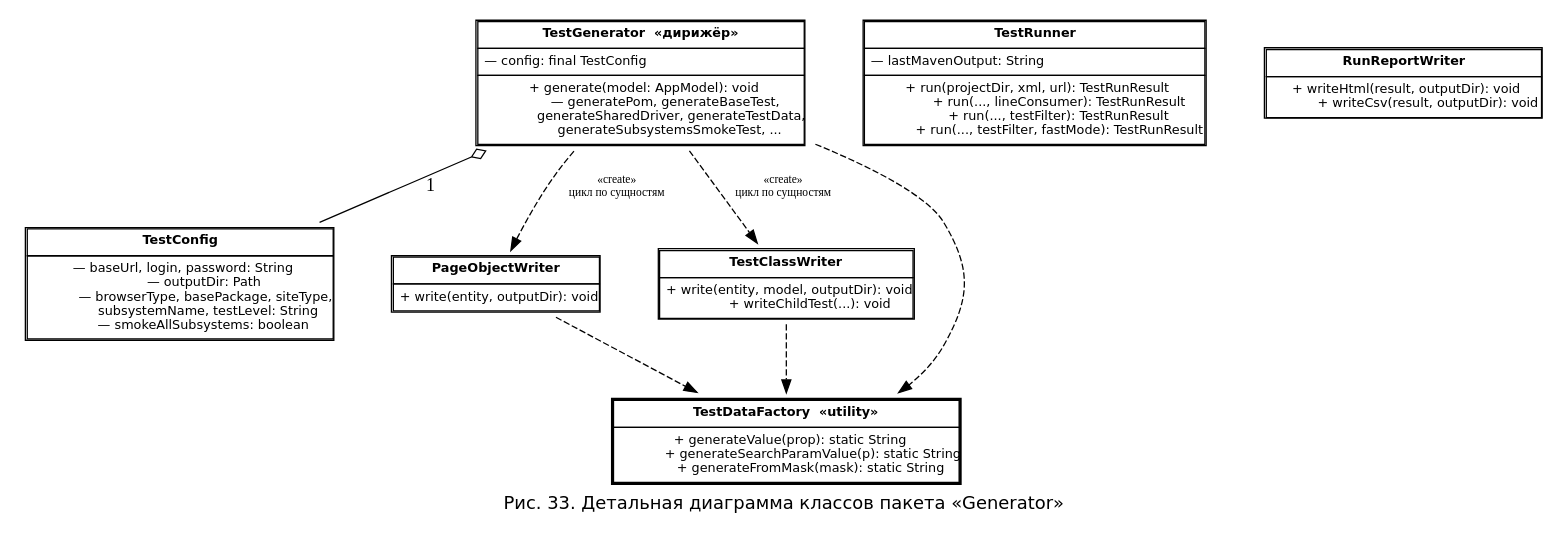
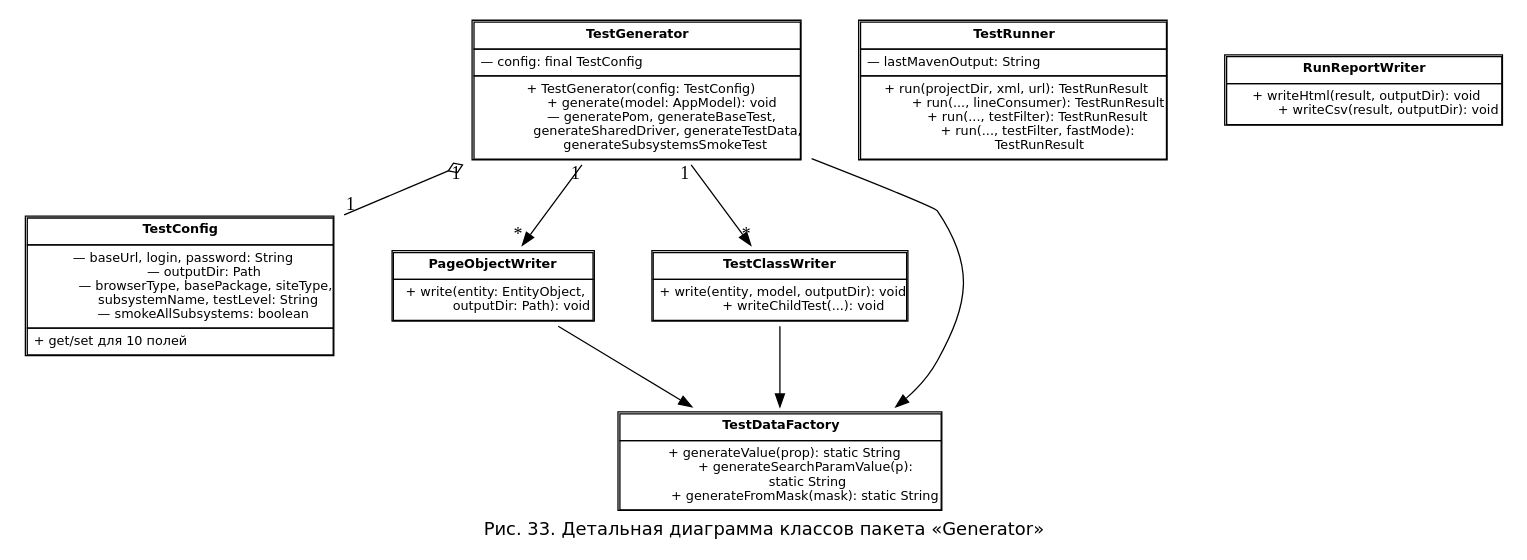
The diagram in diagrams/cls_generator_detail.dot (nastolbov/AutoTestGeneratorUpdate), drawn with Graphviz before and after one commit. The commit also changed 45 other files, not shown here.

```diff
--- a/diagrams/cls_generator_detail.dot
+++ b/diagrams/cls_generator_detail.dot
@@ -1,56 +1,60 @@
 digraph GD {
     rankdir=TB; fontname="DejaVu Sans"; fontsize=14;
     label="Рис. 33. Детальная диаграмма классов пакета «Generator»"; labelloc=b;
     nodesep=0.4;
     node [fontname="DejaVu Sans", fontsize=10, shape=plaintext];
 
-    TestConfig [label=<<TABLE BORDER="1" CELLBORDER="1" CELLSPACING="0" CELLPADDING="4" BGCOLOR="white">
+    TC [label=<<TABLE BORDER="1" CELLBORDER="1" CELLSPACING="0" CELLPADDING="4" BGCOLOR="white">
         <TR><TD><B>TestConfig</B></TD></TR>
         <TR><TD ALIGN="LEFT">— baseUrl, login, password: String<BR/>
             — outputDir: Path<BR/>
             — browserType, basePackage, siteType,<BR/>
               subsystemName, testLevel: String<BR/>
-            — smokeAllSubsystems: boolean</TD></TR></TABLE>>];
+            — smokeAllSubsystems: boolean</TD></TR>
+        <TR><TD ALIGN="LEFT">+ get/set для 10 полей</TD></TR></TABLE>>];
 
-    TestGenerator [label=<<TABLE BORDER="1" CELLBORDER="1" CELLSPACING="0" CELLPADDING="4" BGCOLOR="white">
-        <TR><TD><B>TestGenerator  «дирижёр»</B></TD></TR>
+    TG [label=<<TABLE BORDER="1" CELLBORDER="1" CELLSPACING="0" CELLPADDING="4" BGCOLOR="white">
+        <TR><TD><B>TestGenerator</B></TD></TR>
         <TR><TD ALIGN="LEFT">— config: final TestConfig</TD></TR>
-        <TR><TD ALIGN="LEFT">+ generate(model: AppModel): void<BR/>
+        <TR><TD ALIGN="LEFT">+ TestGenerator(config: TestConfig)<BR/>
+            + generate(model: AppModel): void<BR/>
             — generatePom, generateBaseTest,<BR/>
               generateSharedDriver, generateTestData,<BR/>
-              generateSubsystemsSmokeTest, ...</TD></TR></TABLE>>];
+              generateSubsystemsSmokeTest</TD></TR></TABLE>>];
 
     POW [label=<<TABLE BORDER="1" CELLBORDER="1" CELLSPACING="0" CELLPADDING="4" BGCOLOR="white">
         <TR><TD><B>PageObjectWriter</B></TD></TR>
-        <TR><TD ALIGN="LEFT">+ write(entity, outputDir): void</TD></TR></TABLE>>];
+        <TR><TD ALIGN="LEFT">+ write(entity: EntityObject,<BR/>
+              outputDir: Path): void</TD></TR></TABLE>>];
 
     TCW [label=<<TABLE BORDER="1" CELLBORDER="1" CELLSPACING="0" CELLPADDING="4" BGCOLOR="white">
         <TR><TD><B>TestClassWriter</B></TD></TR>
         <TR><TD ALIGN="LEFT">+ write(entity, model, outputDir): void<BR/>
             + writeChildTest(...): void</TD></TR></TABLE>>];
 
-    TDF [label=<<TABLE BORDER="2" CELLBORDER="1" CELLSPACING="0" CELLPADDING="4" BGCOLOR="white">
-        <TR><TD><B>TestDataFactory  «utility»</B></TD></TR>
+    TDF [label=<<TABLE BORDER="1" CELLBORDER="1" CELLSPACING="0" CELLPADDING="4" BGCOLOR="white">
+        <TR><TD><B>TestDataFactory</B></TD></TR>
         <TR><TD ALIGN="LEFT">+ generateValue(prop): static String<BR/>
-            + generateSearchParamValue(p): static String<BR/>
+            + generateSearchParamValue(p):<BR/>
+              static String<BR/>
             + generateFromMask(mask): static String</TD></TR></TABLE>>];
 
     TR [label=<<TABLE BORDER="1" CELLBORDER="1" CELLSPACING="0" CELLPADDING="4" BGCOLOR="white">
         <TR><TD><B>TestRunner</B></TD></TR>
         <TR><TD ALIGN="LEFT">— lastMavenOutput: String</TD></TR>
         <TR><TD ALIGN="LEFT">+ run(projectDir, xml, url): TestRunResult<BR/>
             + run(..., lineConsumer): TestRunResult<BR/>
             + run(..., testFilter): TestRunResult<BR/>
-            + run(..., testFilter, fastMode): TestRunResult</TD></TR></TABLE>>];
+            + run(..., testFilter, fastMode):<BR/>
+              TestRunResult</TD></TR></TABLE>>];
 
     RRW [label=<<TABLE BORDER="1" CELLBORDER="1" CELLSPACING="0" CELLPADDING="4" BGCOLOR="white">
         <TR><TD><B>RunReportWriter</B></TD></TR>
         <TR><TD ALIGN="LEFT">+ writeHtml(result, outputDir): void<BR/>
             + writeCsv(result, outputDir): void</TD></TR></TABLE>>];
 
-    TestGenerator -> TestConfig [arrowtail=odiamond, dir=back, label="1"];
-    TestGenerator -> POW [style=dashed, label="«create»\nцикл по сущностям", fontsize=9];
-    TestGenerator -> TCW [style=dashed, label="«create»\nцикл по сущностям", fontsize=9];
-    TestGenerator -> TDF [style=dashed];
-    POW -> TDF [style=dashed]; TCW -> TDF [style=dashed];
+    TG -> TC [arrowtail=odiamond, dir=back, taillabel="1", headlabel="1"];
+    TG -> POW [taillabel="1", headlabel="*"];
+    TG -> TCW [taillabel="1", headlabel="*"];
+    TG -> TDF; POW -> TDF; TCW -> TDF;
 }
```
